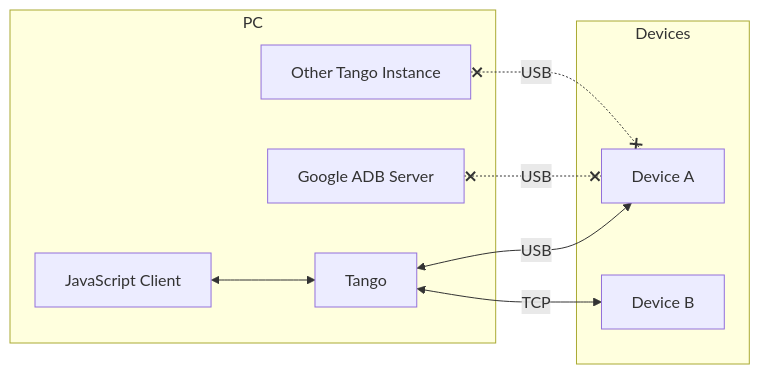
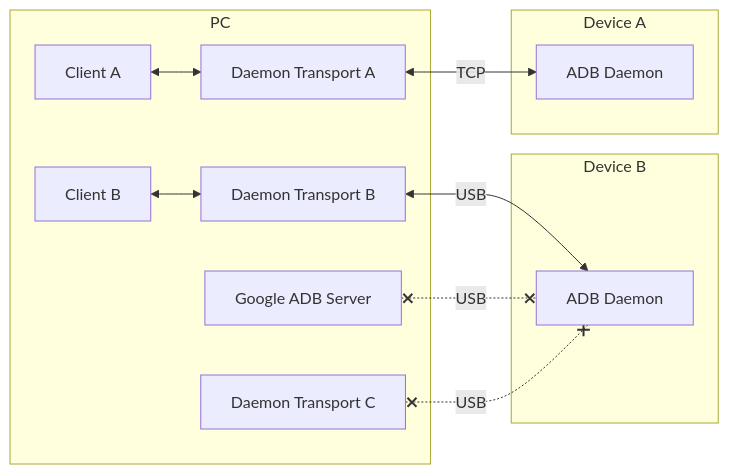
The first of 4 diagrams in docs/tango/daemon/index.mdx (tango-adb/docs), drawn with Mermaid before and after one commit. The commit also changed other lines of this file and 4 other files, not shown here.

Commit message:
add more graphs

````diff
--- a/docs/tango/daemon/index.mdx
+++ b/docs/tango/daemon/index.mdx
@@ -5,14 +5,17 @@
 ```mermaid
 flowchart LR
     subgraph PC
-    CA["JavaScript Client"] <--> Tango
+        CA["Client A"] <--> TA["Daemon Transport A"]
+        CB["Client B"] <--> TB["Daemon Transport B"]
     end
-    subgraph Devices
-    Tango <-->|USB| A["Device A"]
-    Tango <-->|TCP| B["Device B"]
+    subgraph A["Device B"]
+        TB <-->|USB| AD["ADB Daemon"]
+    end
+    subgraph B["Device A"]
+        TA <-->|TCP| BD["ADB Daemon"]
     end
     subgraph PC
-    S["Google ADB Server"] x-.-x|USB| A
-    O["Other Tango Instance"] x-.-x|USB| A
+        S["Google ADB Server"] x-.-x|USB| AD
+        O["Daemon Transport C"] x-.-x|USB| AD
     end
 ```
````
